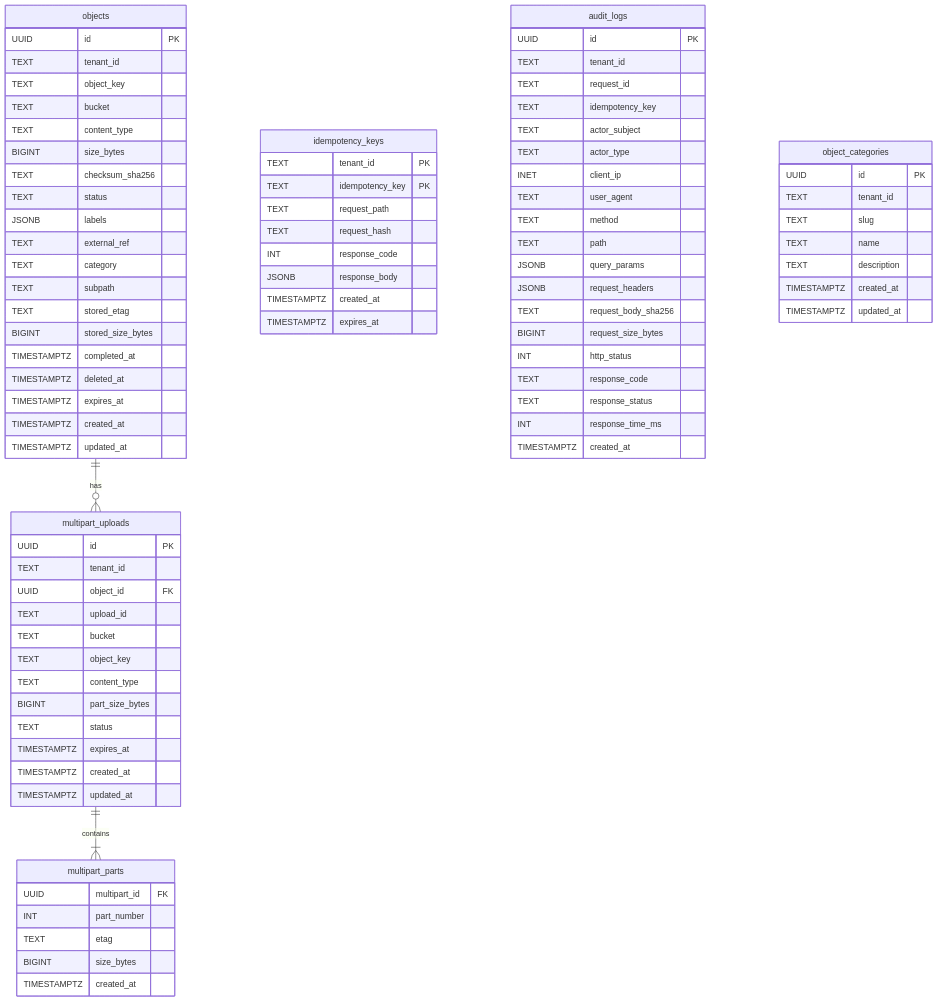
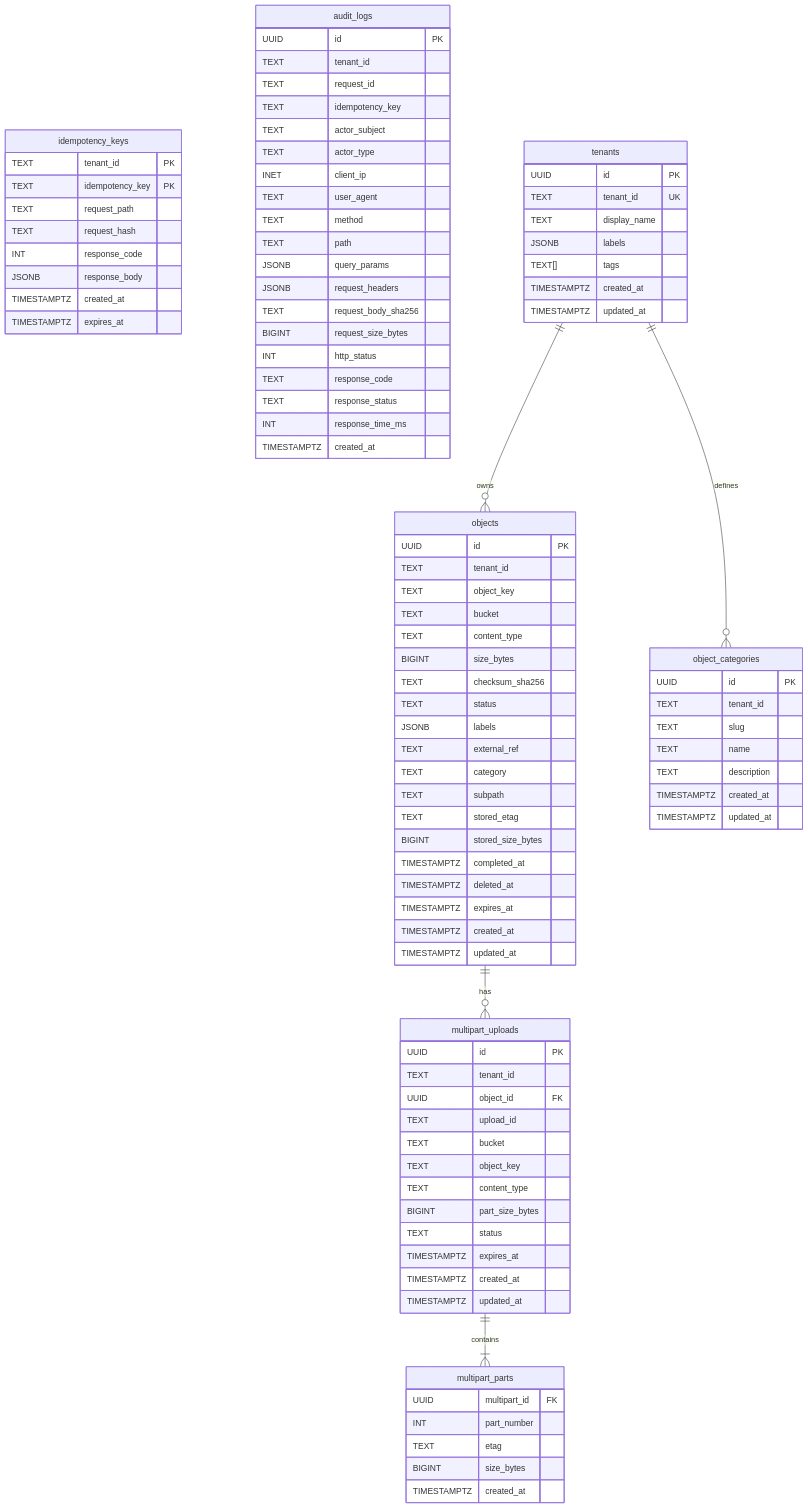
One commit to oleg-tkachuk/paladin changed the third of 4 diagrams in docs/diagrams.md. Above: the diagram before and after it, drawn with Mermaid. The commit also changed 37 other files, not shown here.

````diff
--- a/docs/diagrams.md
+++ b/docs/diagrams.md
@@ -169,6 +169,18 @@
         TIMESTAMPTZ updated_at
     }
 
+    tenants {
+        UUID id PK
+        TEXT tenant_id UK
+        TEXT display_name
+        JSONB labels
+        TEXT[] tags
+        TIMESTAMPTZ created_at
+        TIMESTAMPTZ updated_at
+    }
+
+    tenants ||--o{ objects : "owns"
+    tenants ||--o{ object_categories : "defines"
     objects ||--o{ multipart_uploads : "has"
     multipart_uploads ||--|{ multipart_parts : "contains"
 ```
````
